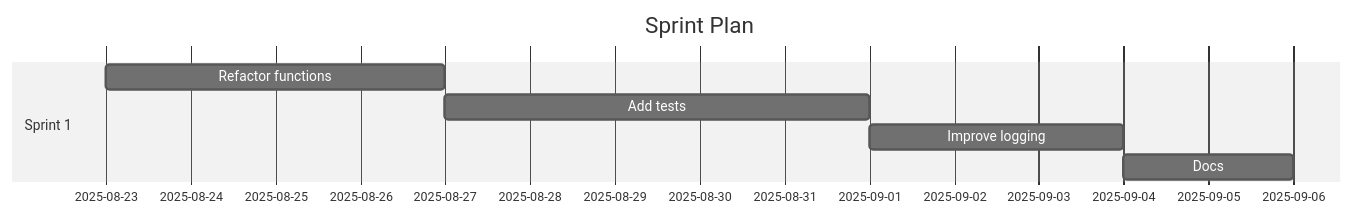
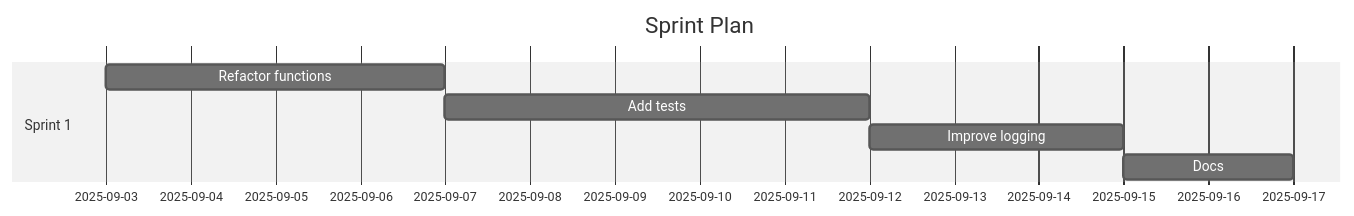
The diagram in demos/demo-code-analysis.sprint.md (Anselmoo/mcp-ai-agent-guidelines), drawn with Mermaid (neutral theme) before and after one commit. The commit also changed other lines of this file and 33 other files, not shown here.

````diff
--- a/demos/demo-code-analysis.sprint.md
+++ b/demos/demo-code-analysis.sprint.md
@@ -58,11 +58,11 @@
 ```mermaid
 gantt
 	dateFormat  YYYY-MM-DD
 	title Sprint Plan
 %% Accessibility: Title=Project Sprint Plan; Description=Gantt chart of sprints and tasks over time. %%
   section Sprint 1
-  Refactor functions :s1t0, 2025-08-23, 4d
-  Add tests :s1t1, 2025-08-27, 5d
-  Improve logging :s1t2, 2025-09-01, 3d
-  Docs :s1t3, 2025-09-04, 2d
+  Refactor functions :s1t0, 2025-09-03, 4d
+  Add tests :s1t1, 2025-09-07, 5d
+  Improve logging :s1t2, 2025-09-12, 3d
+  Docs :s1t3, 2025-09-15, 2d
 ```
````
